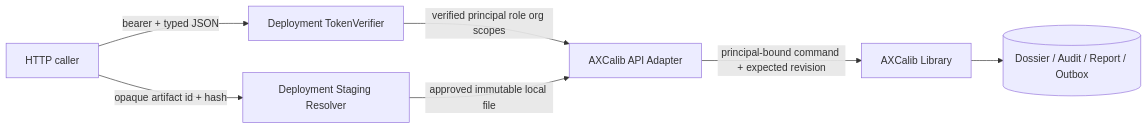
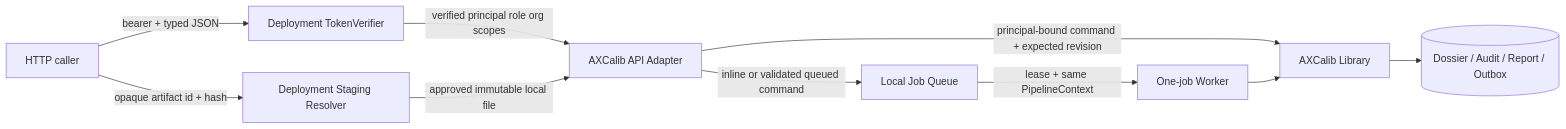
Before and after one commit to Infant83/AXCalib: the diagram in docs/security/api-alpha-threat-model.md, drawn with Mermaid. The commit also changed other lines of this file and 39 other files, not shown here.

Commit message:
feat: add durable local worker contract

````diff
--- a/docs/security/api-alpha-threat-model.md
+++ b/docs/security/api-alpha-threat-model.md
@@ -13,9 +13,12 @@
 ```mermaid
 flowchart LR
     C[HTTP caller] -->|bearer + typed JSON| V[Deployment TokenVerifier]
     C -->|opaque artifact id + hash| S[Deployment Staging Resolver]
     V -->|verified principal role org scopes| A[AXCalib API Adapter]
     S -->|approved immutable local file| A
+    A -->|inline or validated queued command| Q[Local Job Queue]
+    Q -->|lease + same PipelineContext| W[One-job Worker]
     A -->|principal-bound command + expected revision| L[AXCalib Library]
+    W --> L
     L --> D[(Dossier / Audit / Report / Outbox)]
 ```
````
